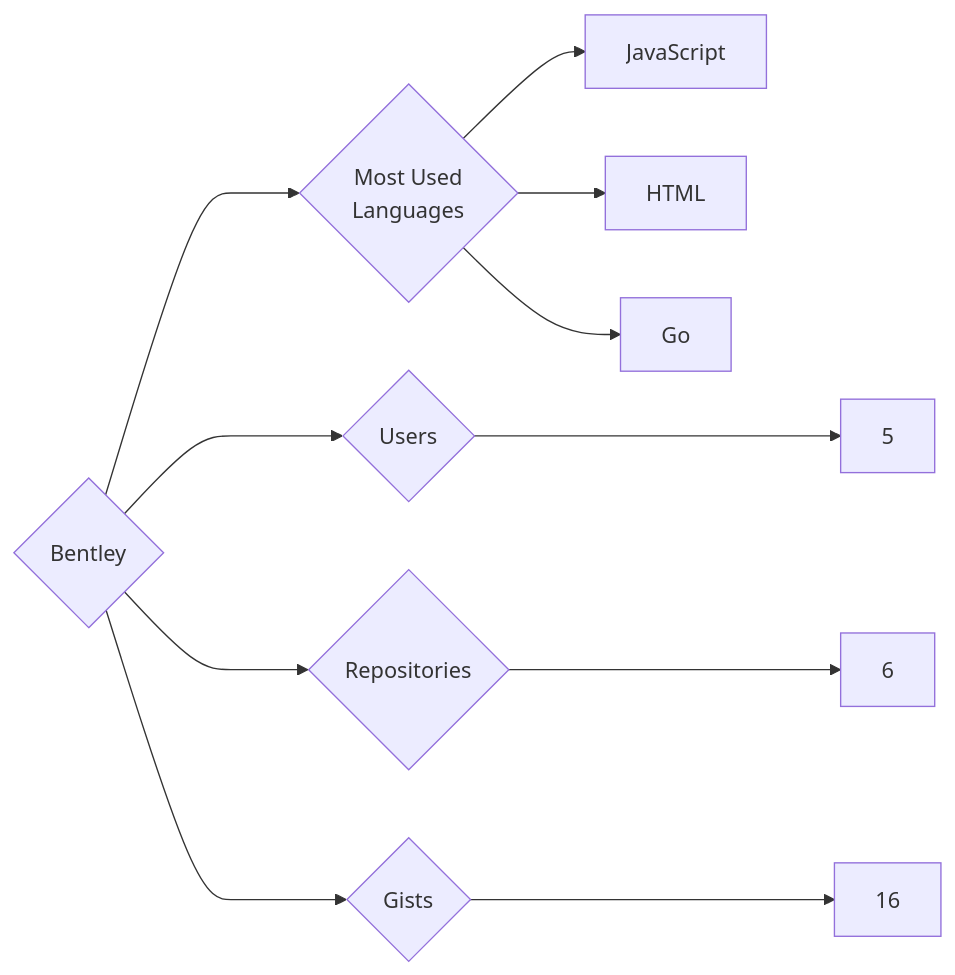
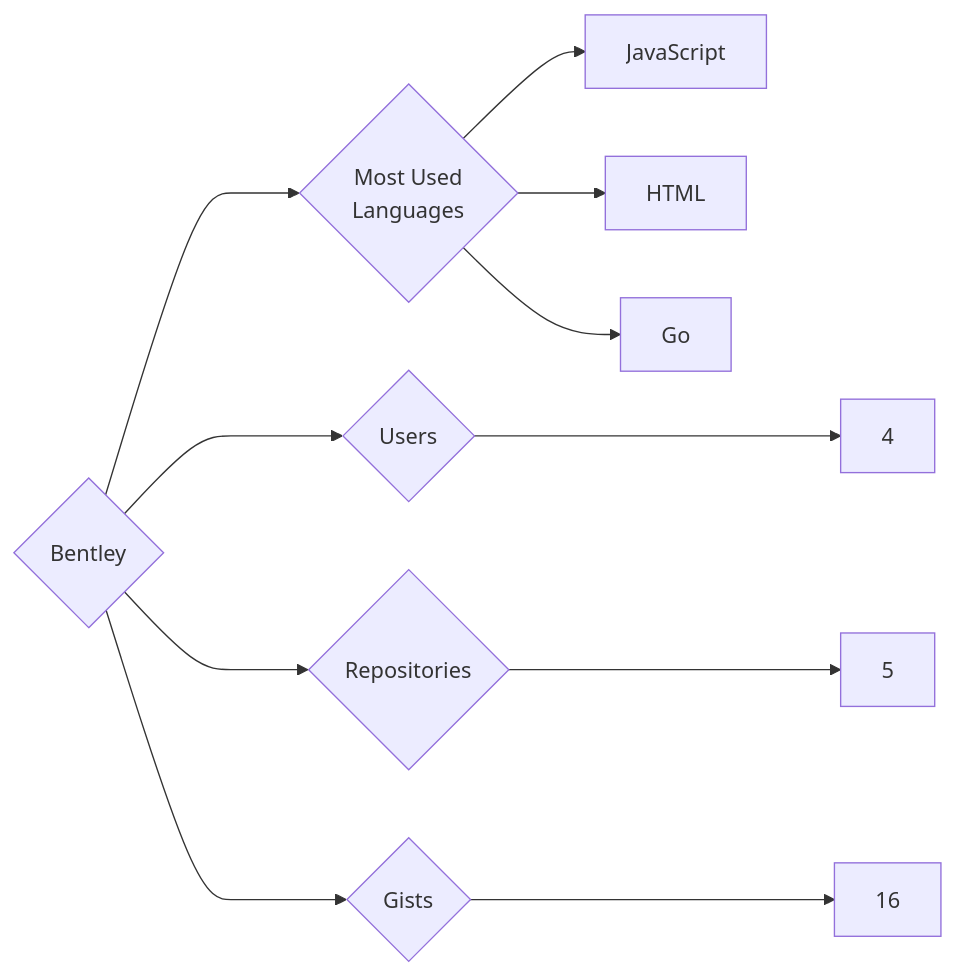
Before and after one commit to trickest/insiders: the diagram in targets/Bentley/README.md, drawn with Mermaid. The commit also changed 873 other files, not shown here.

````diff
--- a/targets/Bentley/README.md
+++ b/targets/Bentley/README.md
@@ -3,11 +3,11 @@
 ```mermaid
 graph LR
 COMPANY_NAME{Bentley}
-COMPANY_NAME ---> U{Users} ---> UN[5]
-COMPANY_NAME ---> R{Repositories} ---> RN[6]
+COMPANY_NAME ---> U{Users} ---> UN[4]
+COMPANY_NAME ---> R{Repositories} ---> RN[5]
 COMPANY_NAME ---> G{Gists} ---> GN[16]
 COMPANY_NAME ---> ML{Most Used<br>Languages}
 ML --> JavaScript[JavaScript]
 ML --> HTML[HTML]
 ML --> Go[Go]
 ```
````
